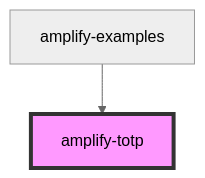
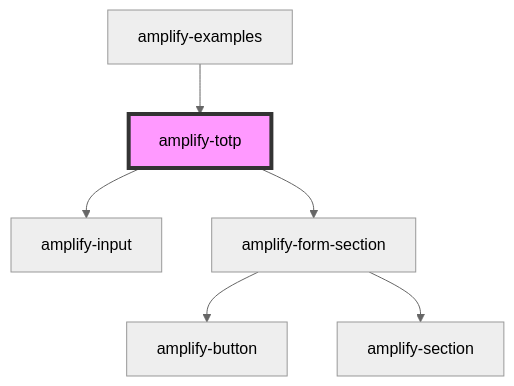
Before and after one commit to aws-amplify/amplify-js: the diagram in packages/amplify-ui-components/src/components/amplify-totp/readme.md, drawn with Mermaid (neutral theme). The commit also changed other lines of this file and 6 other files, not shown here.

````diff
--- a/packages/amplify-ui-components/src/components/amplify-totp/readme.md
+++ b/packages/amplify-ui-components/src/components/amplify-totp/readme.md
@@ -23,5 +28,9 @@
 ```mermaid
 graph TD;
+  amplify-totp --> amplify-input
+  amplify-totp --> amplify-form-section
+  amplify-form-section --> amplify-button
+  amplify-form-section --> amplify-section
   amplify-examples --> amplify-totp
   style amplify-totp fill:#f9f,stroke:#333,stroke-width:4px
 ```
````
